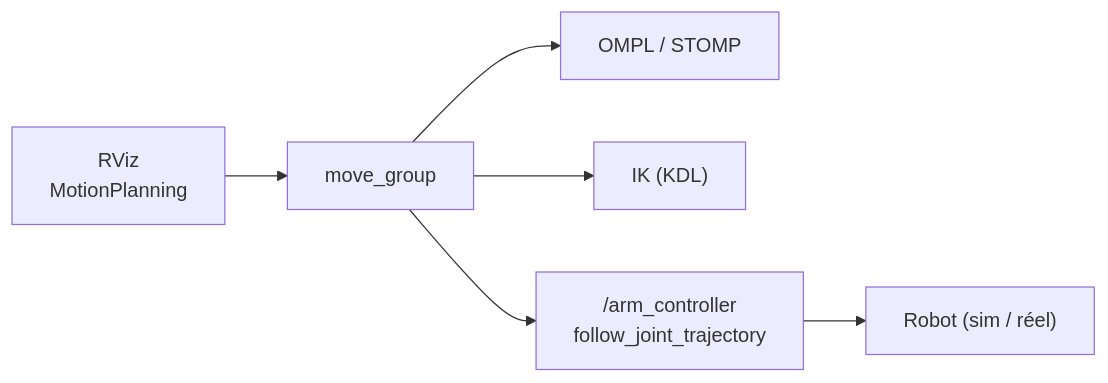
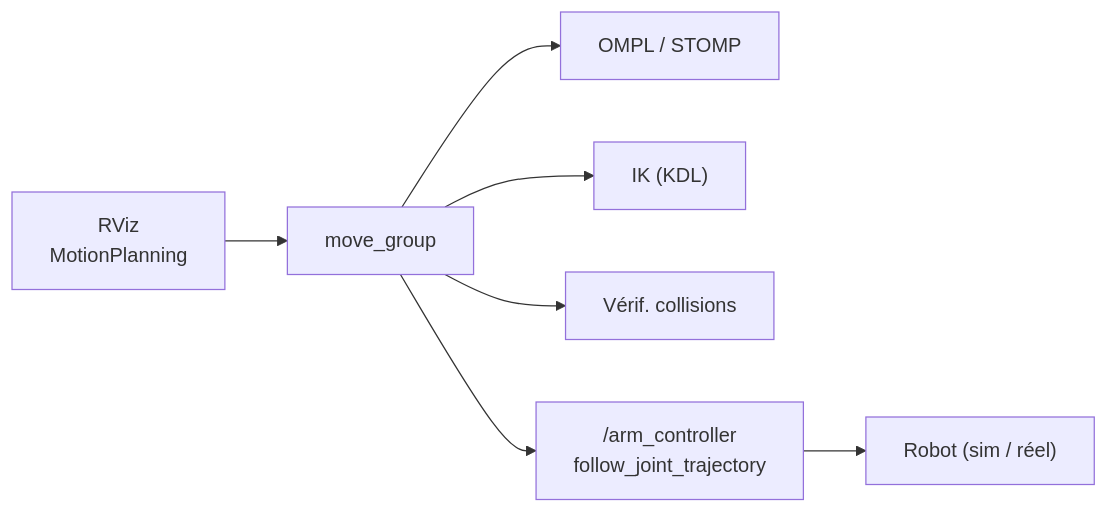
One commit to EtienneSchmitz/ros2_course changed the second of 2 diagrams in apps/slides/jour3/slides.md. Above: the diagram before and after it, drawn with Mermaid. The commit also changed other lines of this file and 3 other files, not shown here.

````diff
--- a/apps/slides/jour3/slides.md
+++ b/apps/slides/jour3/slides.md
@@ -162,8 +689,9 @@
 ```mermaid
 graph LR
   rviz["RViz<br/>MotionPlanning"] --> mg["move_group"]
   mg --> ompl["OMPL / STOMP"]
   mg --> ik["IK (KDL)"]
+  mg --> coll["Vérif. collisions"]
   mg --> traj["/arm_controller<br/>follow_joint_trajectory"]
   traj --> robot["Robot (sim / réel)"]
 ```
````
